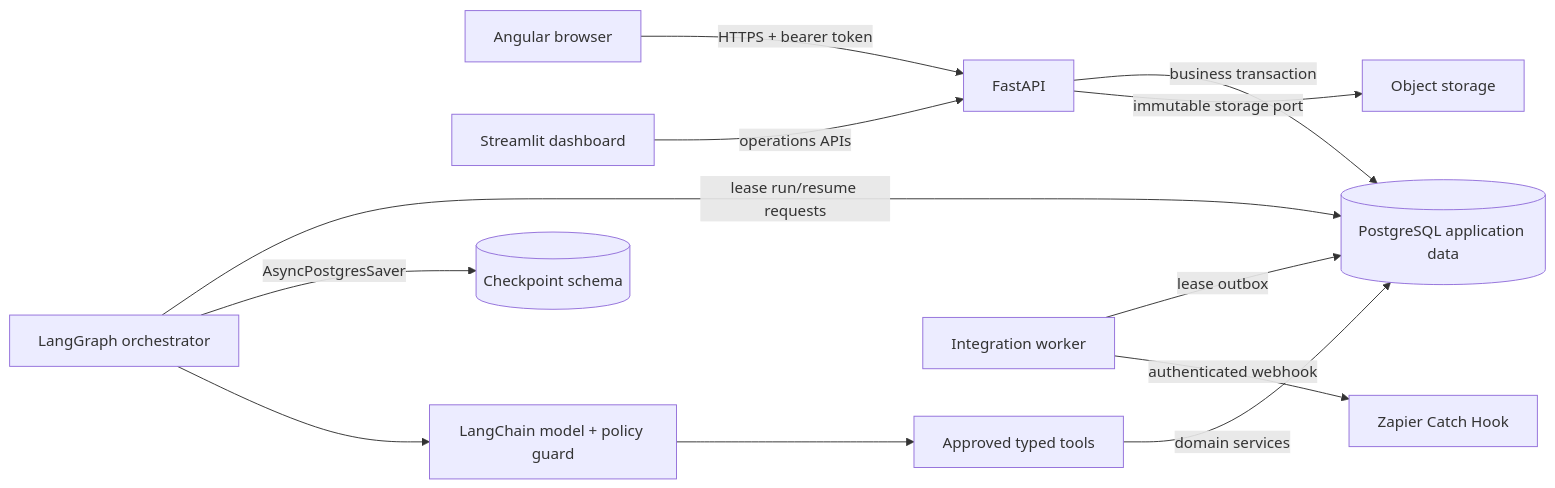
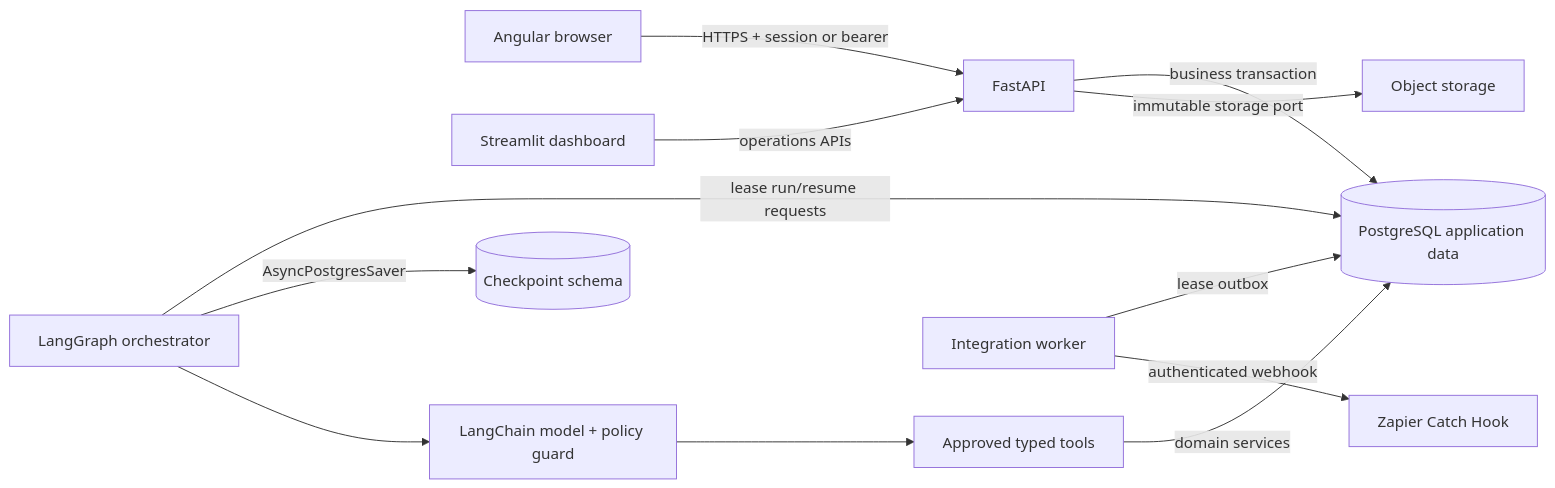
Before and after one commit to manuelmanalo-build/hybrid-document-intake: the first of 3 diagrams in docs/architecture-overview.md, drawn with Mermaid. The commit also changed other lines of this file and 42 other files, not shown here.

````diff
--- a/docs/architecture-overview.md
+++ b/docs/architecture-overview.md
@@ -9,14 +9,14 @@
 ```mermaid
 flowchart LR
-  B["Angular browser"] -->|"HTTPS + bearer token"| A["FastAPI"]
+  B["Angular browser"] -->|"HTTPS + session or bearer"| A["FastAPI"]
   D["Streamlit dashboard"] -->|"operations APIs"| A
   A -->|"business transaction"| P[("PostgreSQL application data")]
   A -->|"immutable storage port"| O["Object storage"]
   W["LangGraph orchestrator"] -->|"lease run/resume requests"| P
   W -->|"AsyncPostgresSaver"| C[("Checkpoint schema")]
   W --> L["LangChain model + policy guard"]
   L --> T["Approved typed tools"]
   T -->|"domain services"| P
   I["Integration worker"] -->|"lease outbox"| P
   I -->|"authenticated webhook"| Z["Zapier Catch Hook"]
 ```
````
